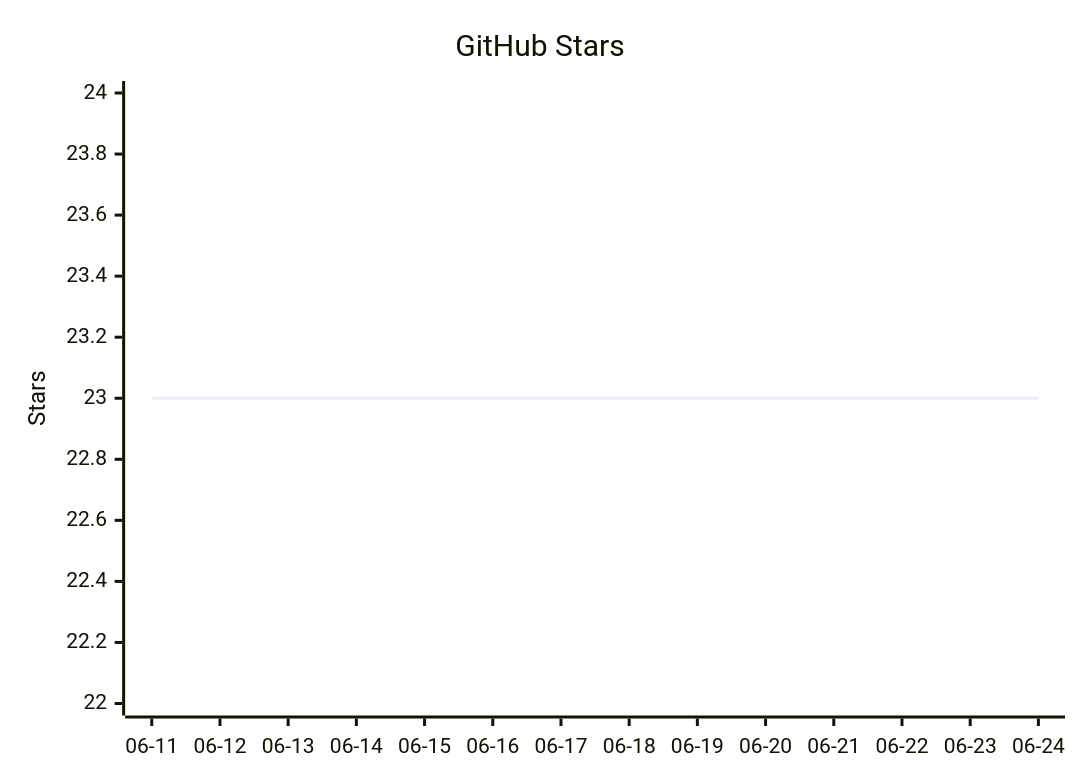
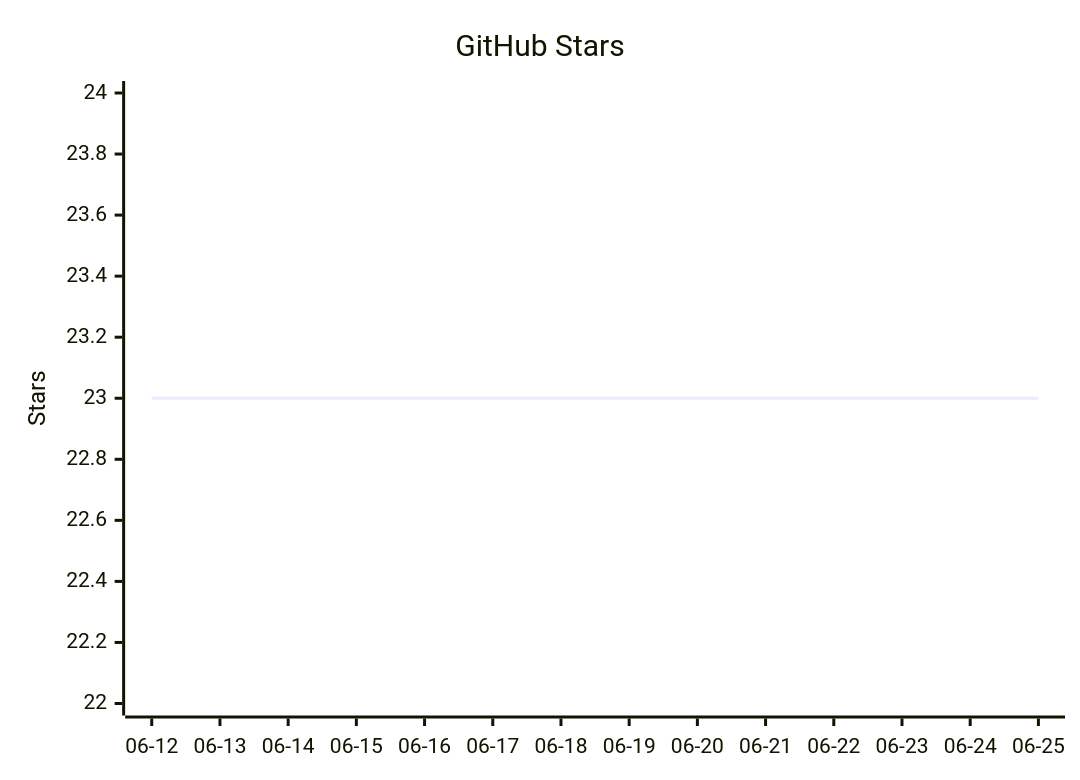
Before and after one commit to vectie/moonclaw: the diagram in README.mbt.md, drawn with Mermaid. The commit also changed other lines of this file and 1 other file, not shown here.

Commit message:
Update README star growth

````diff
--- a/README.mbt.md
+++ b/README.mbt.md
@@ -614,7 +614,7 @@
 ```mermaid
 xychart-beta
     title "GitHub Stars"
-    x-axis ["06-11","06-12","06-13","06-14","06-15","06-16","06-17","06-18","06-19","06-20","06-21","06-22","06-23","06-24"]
+    x-axis ["06-12","06-13","06-14","06-15","06-16","06-17","06-18","06-19","06-20","06-21","06-22","06-23","06-24","06-25"]
     y-axis "Stars" 22 --> 24
     line [23,23,23,23,23,23,23,23,23,23,23,23,23,23]
 ```
````
